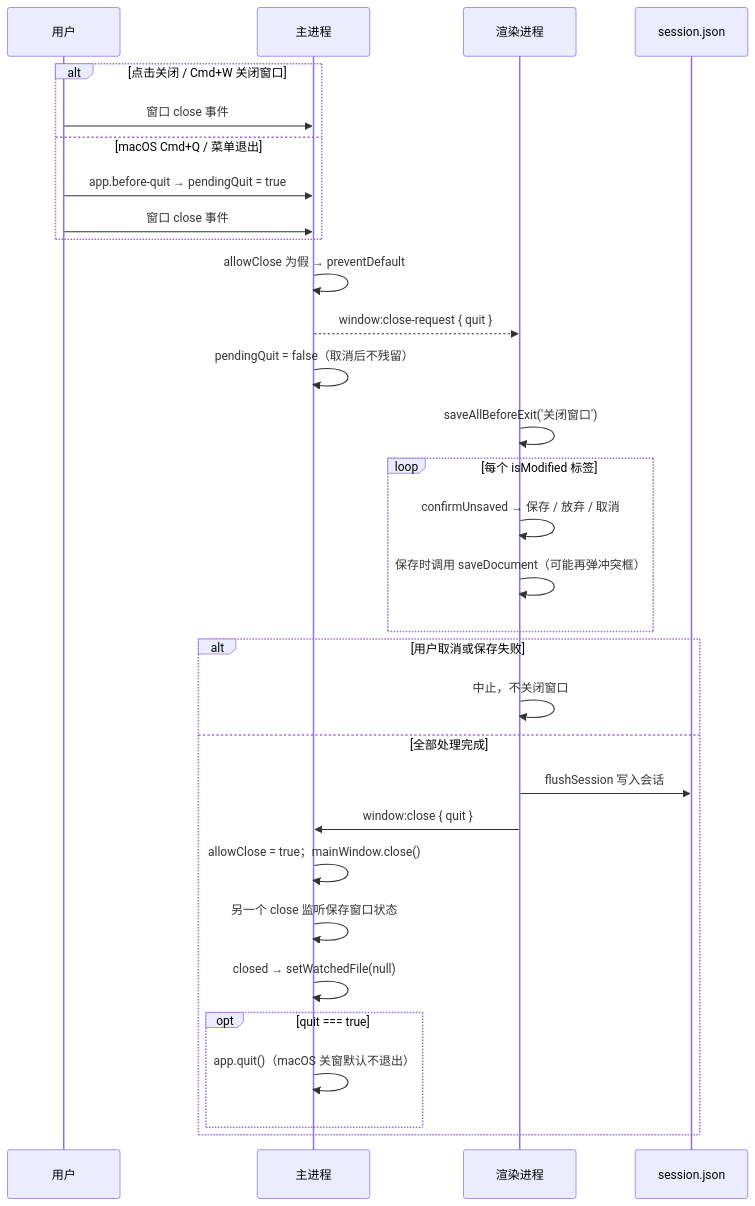
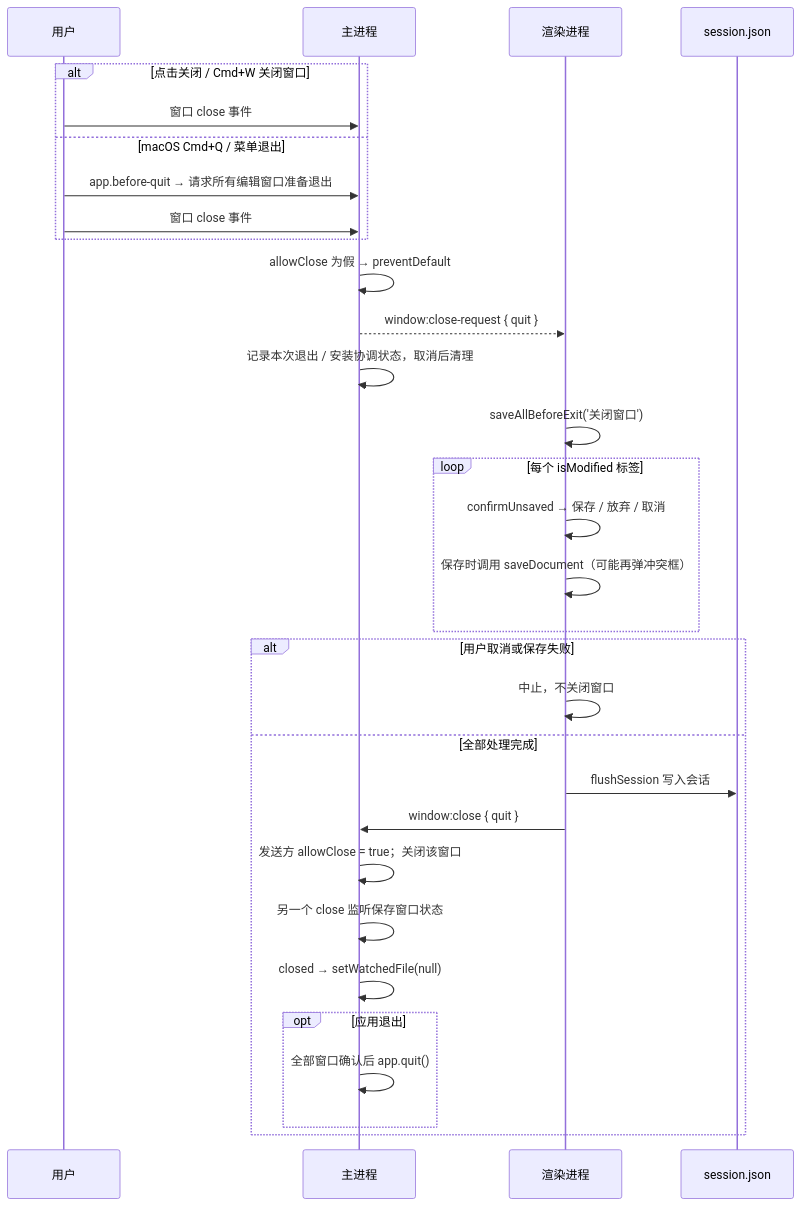
One commit to Harley-xk/mark-it changed the fourth of 5 diagrams in docs/会话恢复与窗口状态.md. Above: the diagram before and after it, drawn with Mermaid. The commit also changed other lines of this file and 47 other files, not shown here.

````diff
--- a/docs/会话恢复与窗口状态.md
+++ b/docs/会话恢复与窗口状态.md
@@ -293,34 +308,34 @@
 ```mermaid
 sequenceDiagram
     participant U as 用户
     participant M as 主进程
     participant R as 渲染进程
     participant FS as session.json
 
     alt 点击关闭 / Cmd+W 关闭窗口
         U->>M: 窗口 close 事件
     else macOS Cmd+Q / 菜单退出
-        U->>M: app.before-quit → pendingQuit = true
+        U->>M: app.before-quit → 请求所有编辑窗口准备退出
         U->>M: 窗口 close 事件
     end
     M->>M: allowClose 为假 → preventDefault
     M-->>R: window:close-request { quit }
-    M->>M: pendingQuit = false（取消后不残留）
+    M->>M: 记录本次退出 / 安装协调状态，取消后清理
     R->>R: saveAllBeforeExit('关闭窗口')
     loop 每个 isModified 标签
         R->>R: confirmUnsaved → 保存 / 放弃 / 取消
         R->>R: 保存时调用 saveDocument（可能再弹冲突框）
     end
     alt 用户取消或保存失败
         R->>R: 中止，不关闭窗口
     else 全部处理完成
         R->>FS: flushSession 写入会话
         R->>M: window:close { quit }
-        M->>M: allowClose = true；mainWindow.close()
+        M->>M: 发送方 allowClose = true；关闭该窗口
         M->>M: 另一个 close 监听保存窗口状态
         M->>M: closed → setWatchedFile(null)
-        opt quit === true
-            M->>M: app.quit()（macOS 关窗默认不退出）
+        opt 应用退出
+            M->>M: 全部窗口确认后 app.quit()
         end
     end
 ```
````
